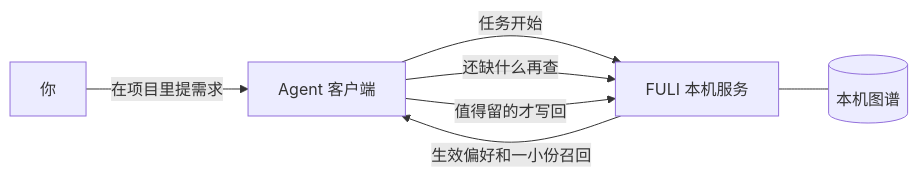
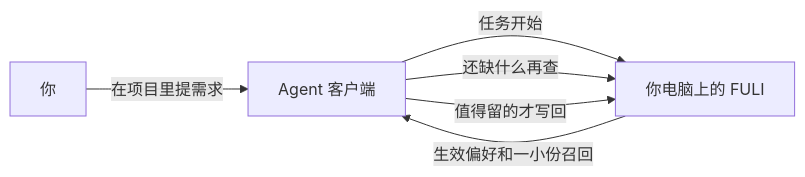
One commit to JevonsCode/fuli changed the diagram in README.zh-CN.md. Above: the diagram before and after it, drawn with Mermaid. The commit also changed other lines of this file and 16 other files, not shown here.

````diff
--- a/README.zh-CN.md
+++ b/README.zh-CN.md
@@ -95,9 +56,8 @@
 ```mermaid
 flowchart LR
     U[你] -->|在项目里提需求| A[Agent 客户端]
-    A -->|任务开始| F[FULI 本机服务]
+    A -->|任务开始| F[你电脑上的 FULI]
     F -->|生效偏好和一小份召回| A
     A -->|还缺什么再查| F
     A -->|值得留的才写回| F
-    F --- G[(本机图谱)]
 ```
````
